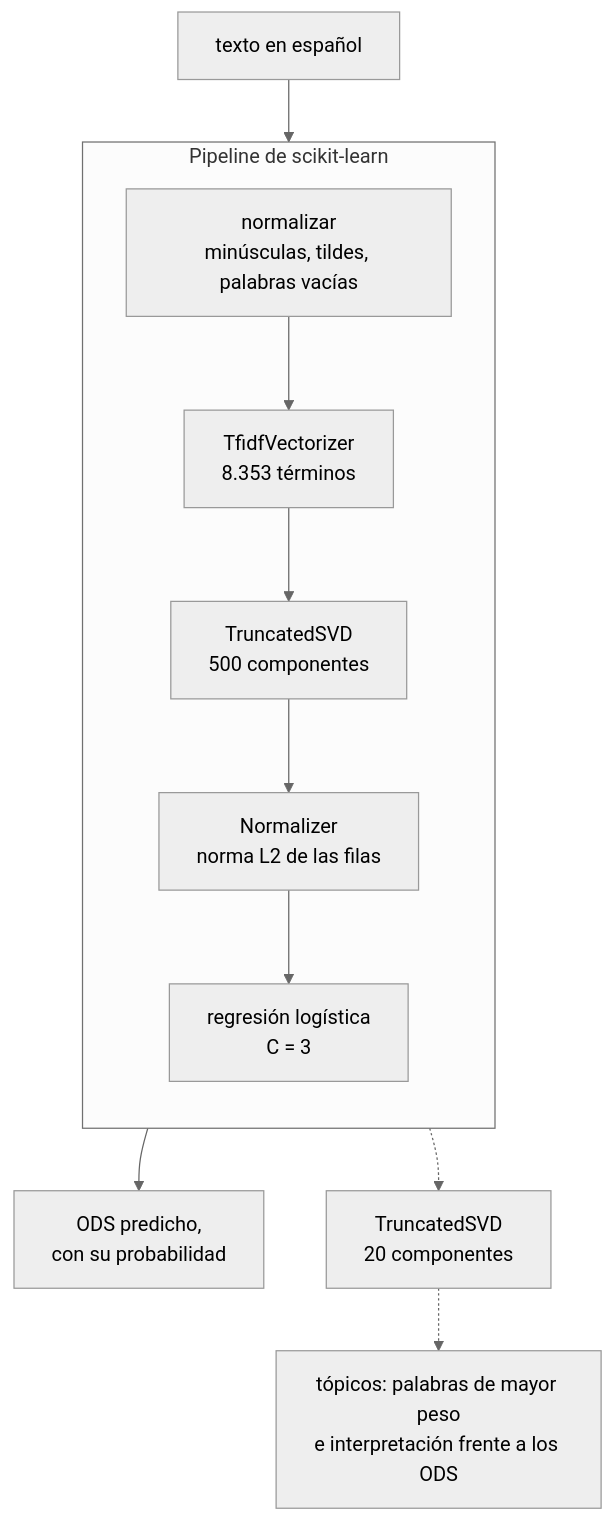
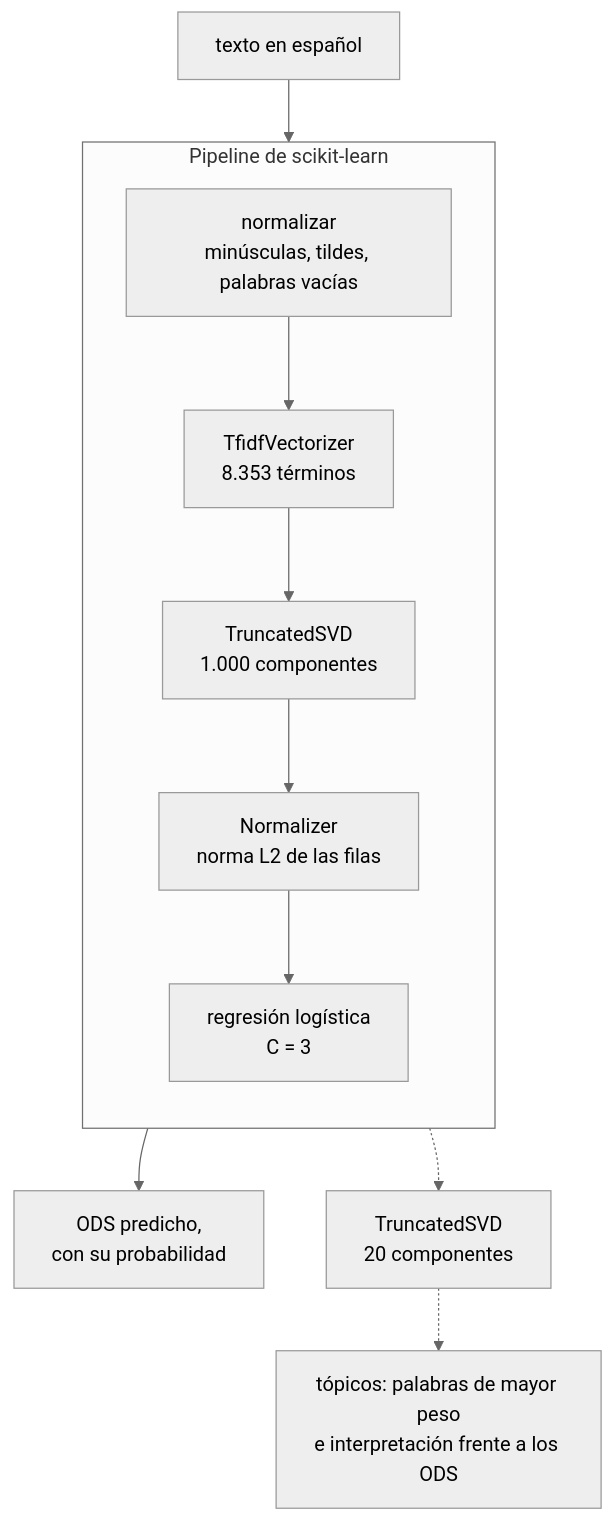
The diagram in README.md (JuanLara18/ods-clasificacion-textos), drawn with Mermaid (neutral theme) before and after one commit. The commit also changed other lines of this file and 1 other file, not shown here.

````diff
--- a/README.md
+++ b/README.md
@@ -38,14 +41,14 @@
 ```mermaid
 flowchart TB
   T["texto en español"] --> N
   subgraph P["Pipeline de scikit-learn"]
     direction TB
     N["normalizar<br/>minúsculas, tildes, palabras vacías"] --> V["TfidfVectorizer<br/>8.353 términos"]
-    V --> S["TruncatedSVD<br/>500 componentes"]
+    V --> S["TruncatedSVD<br/>1.000 componentes"]
     S --> R["Normalizer<br/>norma L2 de las filas"]
     R --> C["regresión logística<br/>C = 3"]
   end
   C --> O["ODS predicho,<br/>con su probabilidad"]
   V -.-> S20["TruncatedSVD<br/>20 componentes"]
   S20 -.-> I["tópicos: palabras de mayor peso<br/>e interpretación frente a los ODS"]
 ```
````
